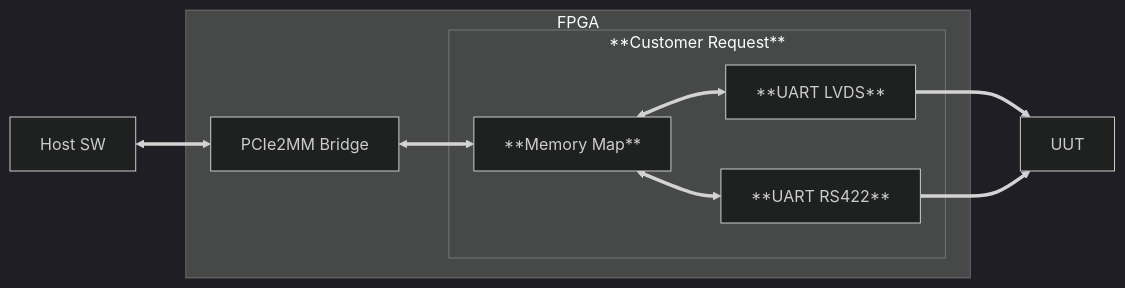
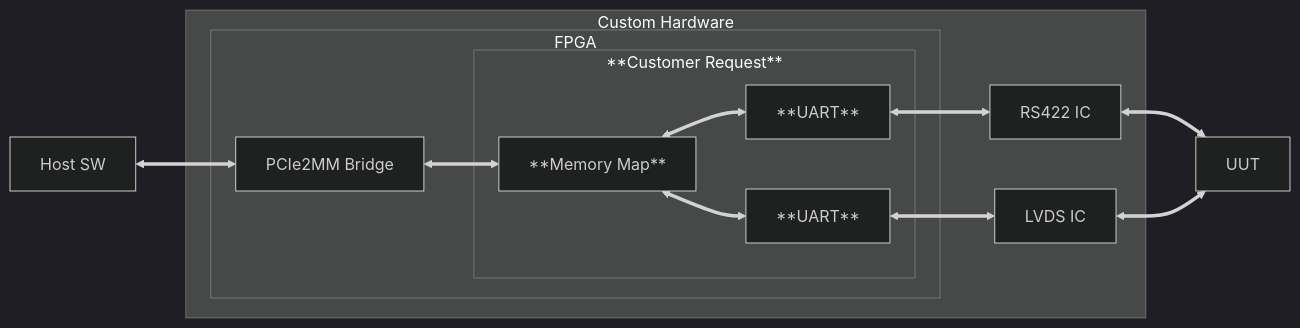
The diagram in docs/source/project/scope_of_work.rst (roajonny/common), drawn with Mermaid before and after one commit. The commit also changed other lines of this file and 5 other files, not shown here.

Commit message:
Updates docs w/ example register map, updates SoW diagram, updates introduction verbiage

```diff
--- a/docs/source/project/scope_of_work.rst
+++ b/docs/source/project/scope_of_work.rst
@@ -25,14 +25,18 @@
 .. mermaid::
 
    %%{init: {'theme':'dark'}}%%
    flowchart LR
        host[Host SW] <==> a[PCIe2MM Bridge]
-       subgraph FPGA
-           a[PCIe2MM Bridge] <==> b[**Memory Map**]
-           subgraph **Customer Request**
-               b[**Memory Map**] <==> c[**UART LVDS**]
-               b[**Memory Map**] <==> d[**UART RS422**]
+       subgraph Custom Hardware
+           subgraph FPGA
+               a[PCIe2MM Bridge] <==> b[**Memory Map**]
+               subgraph **Customer Request**
+                   b[**Memory Map**] <==> c[**UART**]
+                   b[**Memory Map**] <==> d[**UART**]
+               end
            end
+       c[**UART**] <==> e[UUT]
+       d[**UART**] <==> f[UUT]
        end
-       c[**UART LVDS**]  ==> e[UUT]
-       d[**UART RS422**] ==> e[UUT]
+   e[RS422 IC] <==> g[UUT]
+   f[LVDS IC]  <==> g[UUT]
```
